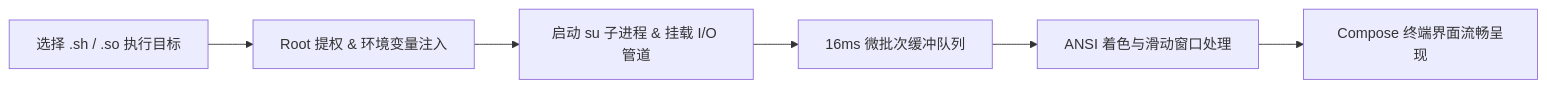
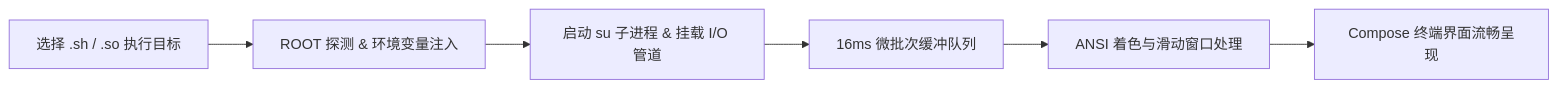
The diagram in README.md (yezijinn/shso), drawn with Mermaid before and after one commit. The commit also changed other lines of this file and 70 other files, not shown here.

````diff
--- a/README.md
+++ b/README.md
@@ -78,8 +200,8 @@
 ```mermaid
 graph LR
-    A[选择 .sh / .so 执行目标] --> B[Root 提权 & 环境变量注入]
+    A[选择 .sh / .so 执行目标] --> B[ROOT 探测 & 环境变量注入]
     B --> C[启动 su 子进程 & 挂载 I/O 管道]
     C --> D[16ms 微批次缓冲队列]
     D --> E[ANSI 着色与滑动窗口处理]
     E --> F[Compose 终端界面流畅呈现]
 ```
````
